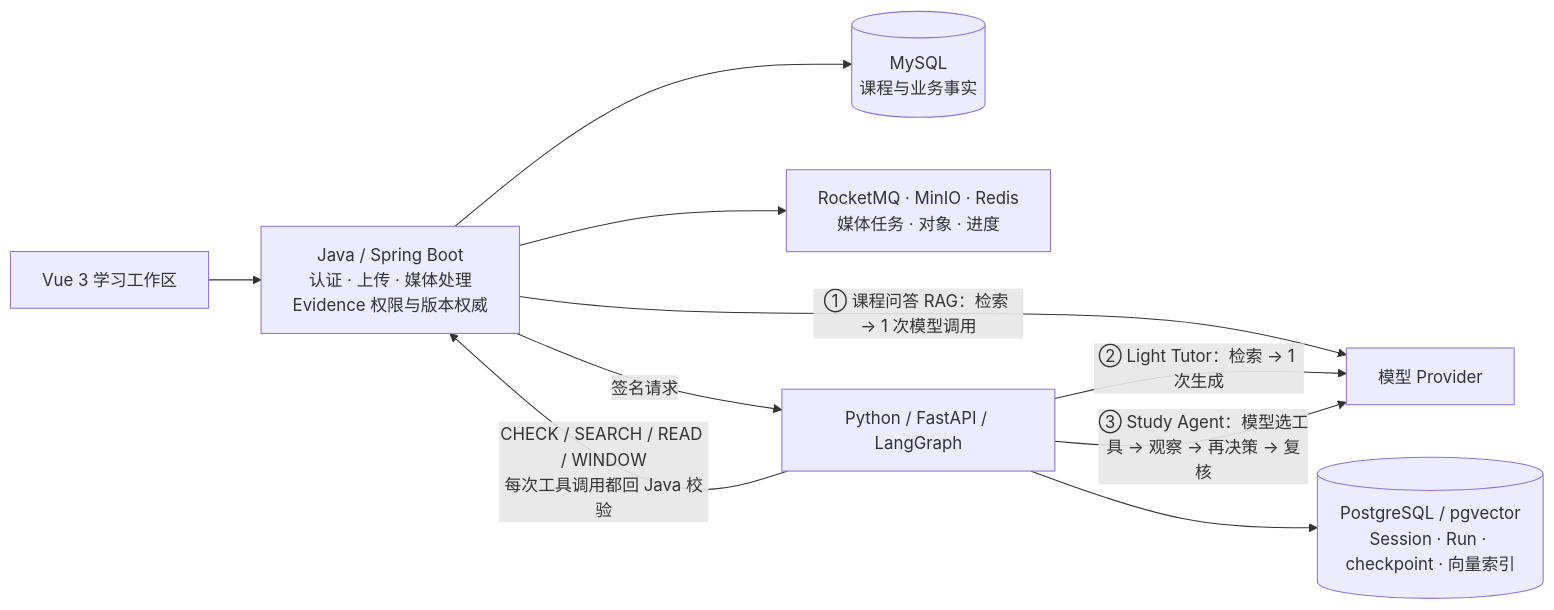
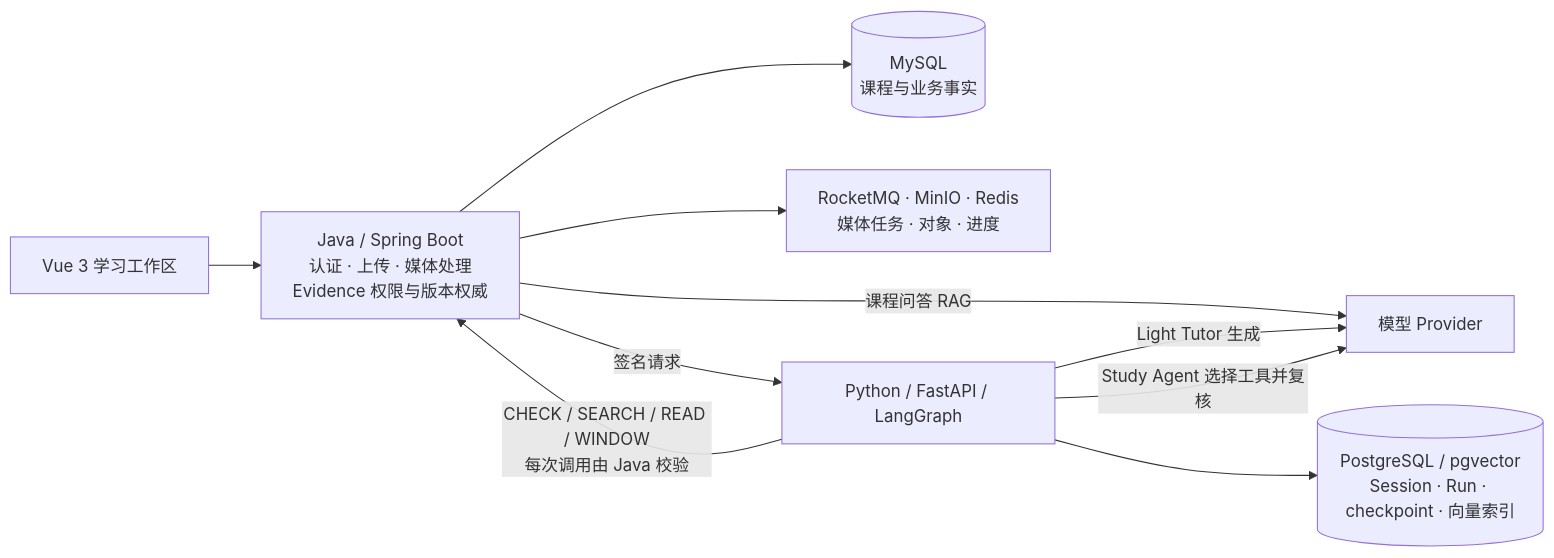
Before and after one commit to a27497/lecturelens: the diagram in README.md, drawn with Mermaid. The commit also changed other lines of this file and 5 other files, not shown here.

````diff
--- a/README.md
+++ b/README.md
@@ -22,13 +73,12 @@
 ```mermaid
 flowchart LR
     U["Vue 3 学习工作区"] --> J["Java / Spring Boot<br/>认证 · 上传 · 媒体处理<br/>Evidence 权限与版本权威"]
     J --> MY[("MySQL<br/>课程与业务事实")]
     J --> MQ["RocketMQ · MinIO · Redis<br/>媒体任务 · 对象 · 进度"]
-
-    J -->|"① 课程问答 RAG：检索 → 1 次模型调用"| LLM["模型 Provider"]
-    J -->|签名请求| A["Python / FastAPI / LangGraph"]
-    A -->|"② Light Tutor：检索 → 1 次生成"| LLM
-    A -->|"③ Study Agent：模型选工具 → 观察 → 再决策 → 复核"| LLM
-    A -->|"CHECK / SEARCH / READ / WINDOW<br/>每次工具调用都回 Java 校验"| J
+    J -->|"课程问答 RAG"| LLM["模型 Provider"]
+    J -->|"签名请求"| A["Python / FastAPI / LangGraph"]
+    A -->|"Light Tutor 生成"| LLM
+    A -->|"Study Agent 选择工具并复核"| LLM
+    A -->|"CHECK / SEARCH / READ / WINDOW<br/>每次调用由 Java 校验"| J
     A --> PG[("PostgreSQL / pgvector<br/>Session · Run · checkpoint · 向量索引")]
 ```
````
